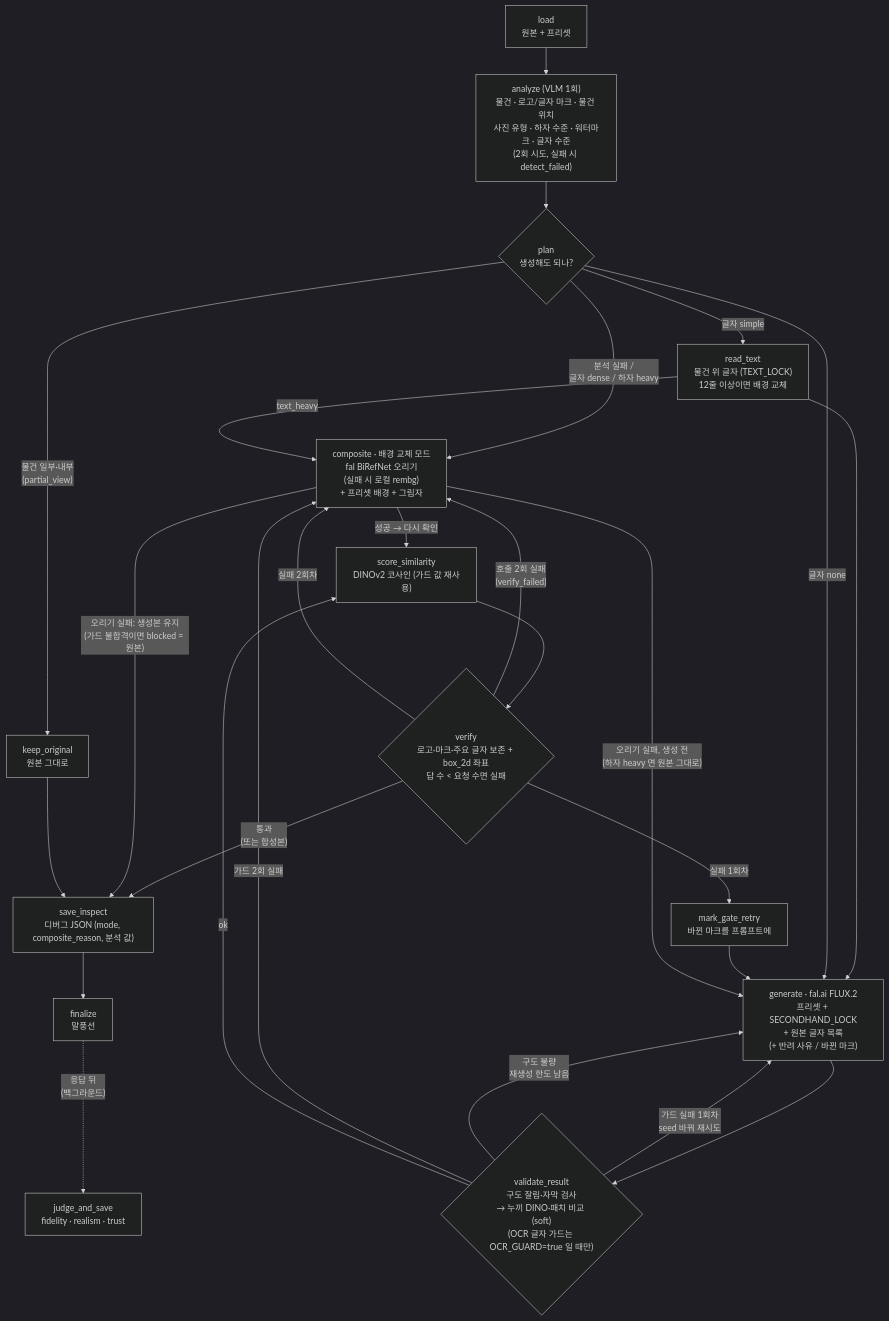
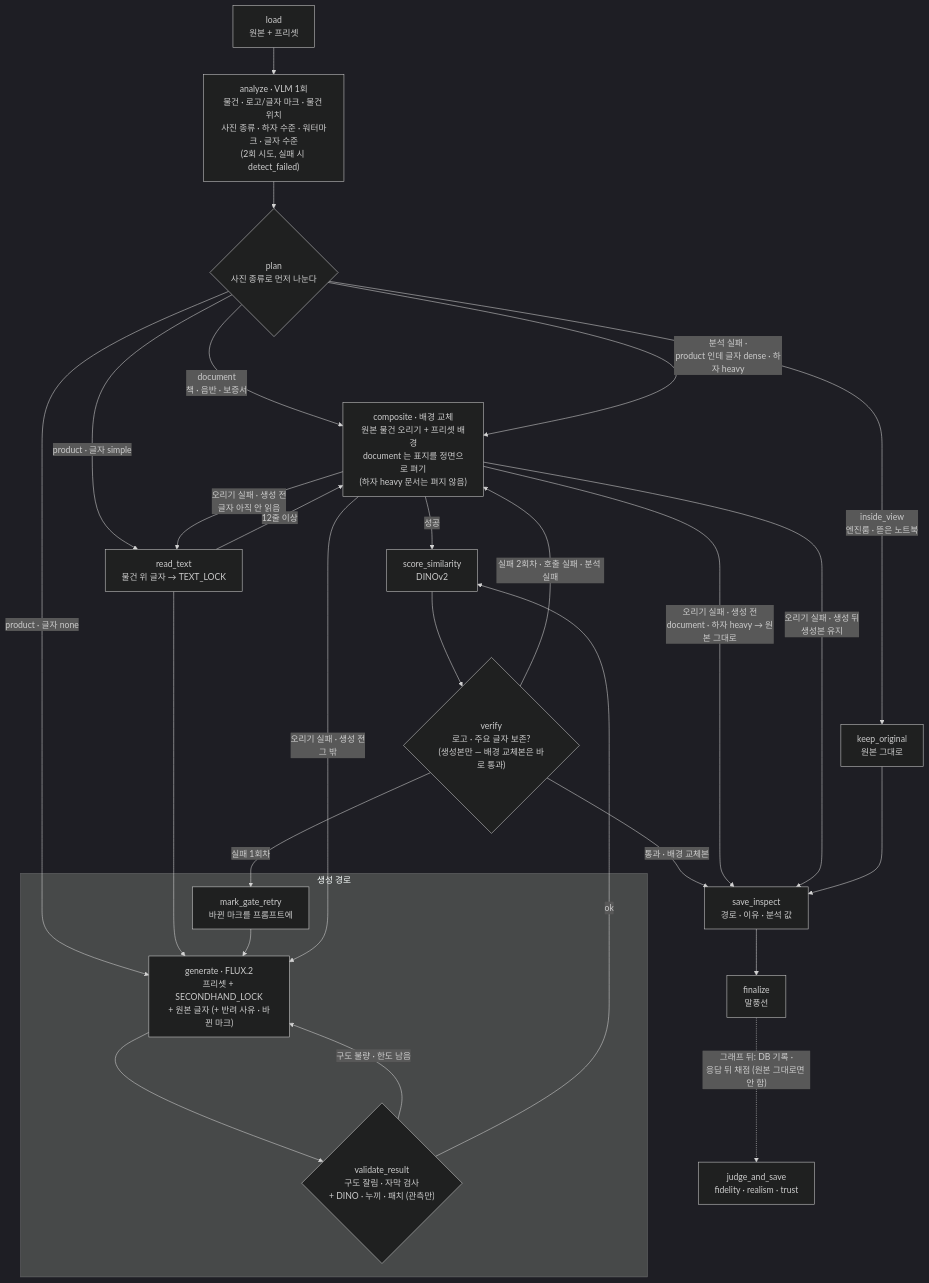
The diagram in Readme.ko.md (cha0620/Carret-App), drawn with Mermaid (dark theme) before and after one commit. The commit also changed other lines of this file and 31 other files, not shown here.

````diff
--- a/Readme.ko.md
+++ b/Readme.ko.md
@@ -32,28 +32,34 @@
 ```mermaid
 flowchart TD
-  L["load<br/>원본 + 프리셋"] --> A["analyze (VLM 1회)<br/>물건 · 로고/글자 마크 · 물건 위치<br/>사진 유형 · 하자 수준 · 워터마크 · 글자 수준<br/>(2회 시도, 실패 시 detect_failed)"]
-  A --> P{"plan<br/>생성해도 되나?"}
-  P -->|"물건 일부·내부<br/>(partial_view)"| O["keep_original<br/>원본 그대로"]
-  P -->|"분석 실패 /<br/>글자 dense / 하자 heavy"| X
-  P -->|"글자 simple"| T["read_text<br/>물건 위 글자 (TEXT_LOCK)<br/>12줄 이상이면 배경 교체"]
+  L["load<br/>원본 + 프리셋"] --> A["analyze · VLM 1회<br/>물건 · 로고/글자 마크 · 물건 위치<br/>사진 종류 · 하자 수준 · 워터마크 · 글자 수준<br/>(2회 시도, 실패 시 detect_failed)"]
+  A --> P{"plan<br/>사진 종류로 먼저 나눈다"}
+
+  P -->|"inside_view<br/>엔진룸 · 뜯은 노트북"| O["keep_original<br/>원본 그대로"]
+  P -->|"document<br/>책 · 음반 · 보증서"| X
+  P -->|"분석 실패 ·<br/>product 인데 글자 dense · 하자 heavy"| X
+  P -->|"product · 글자 simple"| T["read_text<br/>물건 위 글자 → TEXT_LOCK"]
+  P -->|"product · 글자 none"| G
+  T -->|"12줄 이상"| X
   T --> G
-  T -->|text_heavy| X
-  P -->|"글자 none"| G["generate · fal.ai FLUX.2<br/>프리셋 + SECONDHAND_LOCK<br/>+ 원본 글자 목록<br/>(+ 반려 사유 / 바뀐 마크)"]
-  G --> V{"validate_result<br/>구도 잘림·자막 검사<br/>→ 누끼 DINO·패치 비교 (soft)<br/>(OCR 글자 가드는 OCR_GUARD=true 일 때만)"}
-  V -->|"가드 실패 1회차<br/>seed 바꿔 재시도"| G
-  V -->|"구도 불량<br/>재생성 한도 남음"| G
-  V -->|"가드 2회 실패"| X
-  V -->|ok| S["score_similarity<br/>DINOv2 코사인 (가드 값 재사용)"]
-  S --> VR{"verify<br/>로고·마크·주요 글자 보존 + box_2d 좌표<br/>답 수 &lt; 요청 수면 실패"}
-  VR -->|"통과<br/>(또는 합성본)"| I
-  VR -->|"실패 1회차"| R["mark_gate_retry<br/>바뀐 마크를 프롬프트에"]
-  R --> G
-  VR -->|"호출 2회 실패<br/>(verify_failed)"| X
-  VR -->|"실패 2회차"| X["composite · 배경 교체 모드<br/>fal BiRefNet 오리기<br/>(실패 시 로컬 rembg)<br/>+ 프리셋 배경 + 그림자"]
-  X -->|"성공 → 다시 확인"| S
-  X -->|"오리기 실패, 생성 전<br/>(하자 heavy 면 원본 그대로)"| G
-  X -->|"오리기 실패: 생성본 유지<br/>(가드 불합격이면 blocked = 원본)"| I
+
+  subgraph GEN["생성 경로"]
+    G["generate · FLUX.2<br/>프리셋 + SECONDHAND_LOCK<br/>+ 원본 글자 (+ 반려 사유 · 바뀐 마크)"] --> V{"validate_result<br/>구도 잘림 · 자막 검사<br/>+ DINO · 누끼 · 패치 (관측만)"}
+    V -->|"구도 불량 · 한도 남음"| G
+    R["mark_gate_retry<br/>바뀐 마크를 프롬프트에"] --> G
+  end
+
+  V -->|ok| S["score_similarity<br/>DINOv2"]
+  S --> VR{"verify<br/>로고 · 주요 글자 보존?<br/>(생성본만 — 배경 교체본은 바로 통과)"}
+  VR -->|"실패 1회차"| R
+  VR -->|"실패 2회차 · 호출 실패 · 분석 실패"| X["composite · 배경 교체<br/>원본 물건 오리기 + 프리셋 배경<br/>document 는 표지를 정면으로 펴기<br/>(하자 heavy 문서는 펴지 않음)"]
+  VR -->|"통과 · 배경 교체본"| I
+  X -->|성공| S
+  X -->|"오리기 실패 · 생성 전<br/>document · 하자 heavy → 원본 그대로"| I
+  X -->|"오리기 실패 · 생성 전<br/>글자 아직 안 읽음"| T
+  X -->|"오리기 실패 · 생성 전<br/>그 밖"| G
+  X -->|"오리기 실패 · 생성 뒤<br/>생성본 유지"| I
   O --> I
-  I["save_inspect<br/>디버그 JSON (mode, composite_reason, 분석 값)"] --> F["finalize<br/>말풍선"]
-  F -.->|"응답 뒤<br/>(백그라운드)"| J["judge_and_save<br/>fidelity · realism · trust"]
+
+  I["save_inspect<br/>경로 · 이유 · 분석 값"] --> F["finalize<br/>말풍선"]
+  F -.->|"그래프 뒤: DB 기록 ·<br/>응답 뒤 채점 (원본 그대로면 안 함)"| J["judge_and_save<br/>fidelity · realism · trust"]
 ```
````
